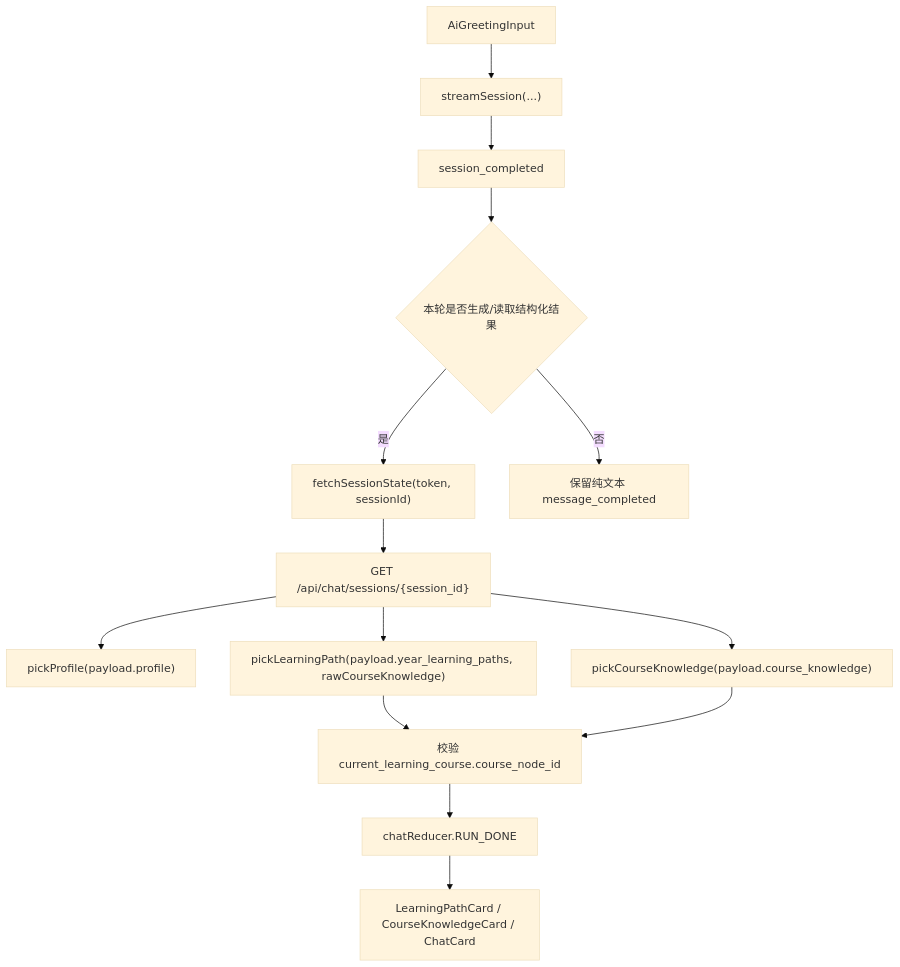
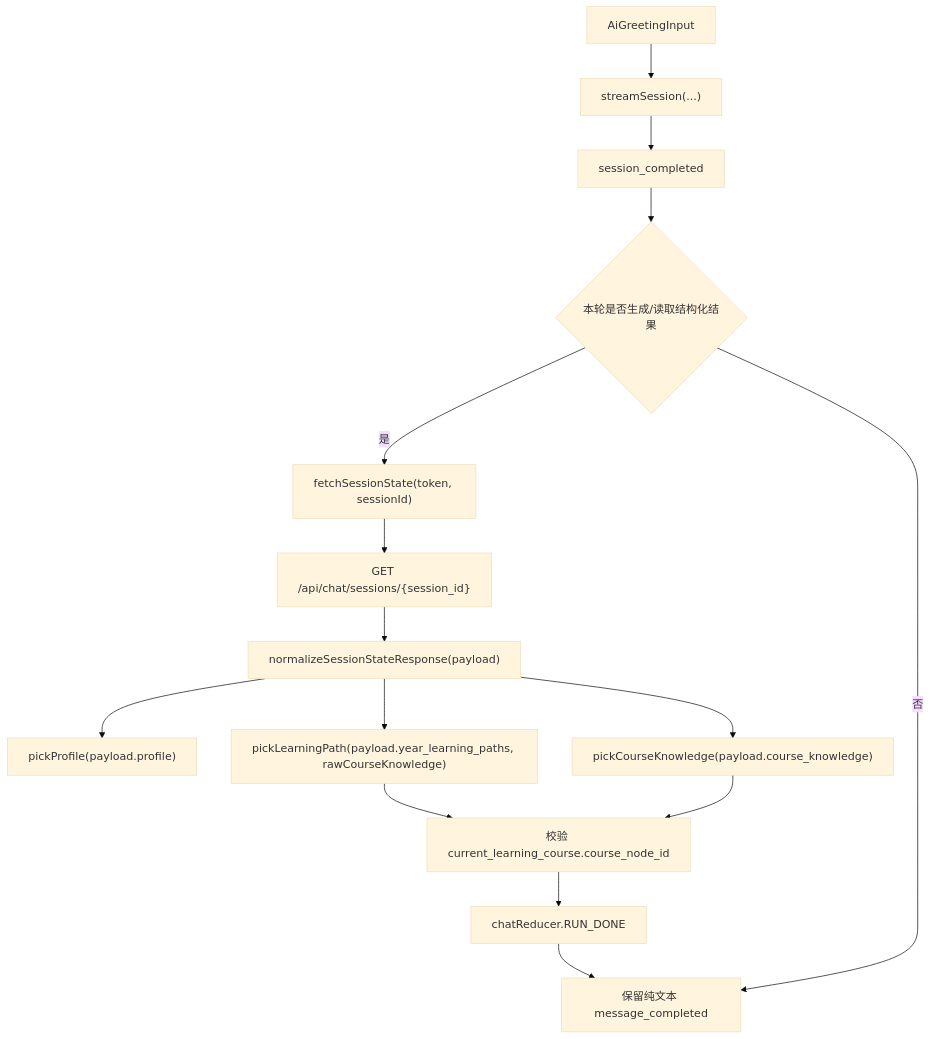
Before and after one commit to innovationpuls-creator/mutiagent: diagram 19 of 54 in docs/agent逻辑.md, drawn with Mermaid (base theme). The commit also changed other lines of this file and 66 other files, not shown here.

````diff
--- a/docs/agent逻辑.md
+++ b/docs/agent逻辑.md
@@ -545,16 +862,17 @@
 ```mermaid
 graph TD
   A["AiGreetingInput"] --> B["streamSession(...)"]
   B --> C["session_completed"]
   C --> D{"本轮是否生成/读取结构化结果"}
   D -->|是| E["fetchSessionState(token, sessionId)"]
   E --> F["GET /api/chat/sessions/{session_id}"]
-  F --> G["pickProfile(payload.profile)"]
-  F --> H["pickLearningPath(payload.year_learning_paths, rawCourseKnowledge)"]
-  F --> I["pickCourseKnowledge(payload.course_knowledge)"]
-  H --> J["校验 current_learning_course.course_node_id"]
-  I --> J
-  J --> K["chatReducer.RUN_DONE"]
-  K --> L["LearningPathCard / CourseKnowledgeCard / ChatCard"]
+  F --> G["normalizeSessionStateResponse(payload)"]
+  G --> H["pickProfile(payload.profile)"]
+  G --> I["pickLearningPath(payload.year_learning_paths, rawCourseKnowledge)"]
+  G --> J["pickCourseKnowledge(payload.course_knowledge)"]
+  I --> K["校验 current_learning_course.course_node_id"]
+  J --> K
+  K --> L["chatReducer.RUN_DONE"]
+  L --> M["LearningPathCard / CourseKnowledgeCard / ChatCard"]
   D -->|否| M["保留纯文本 message_completed"]
 ```
````
